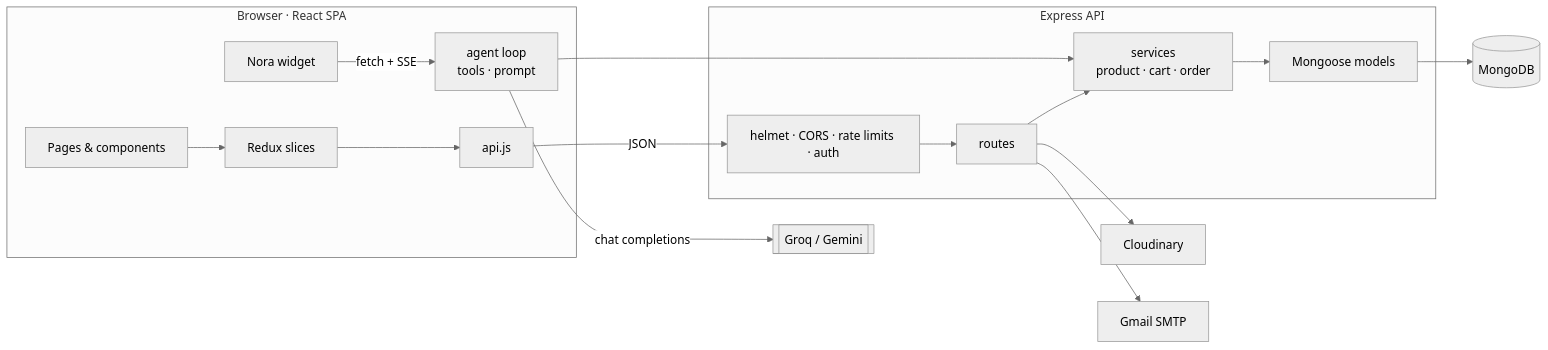
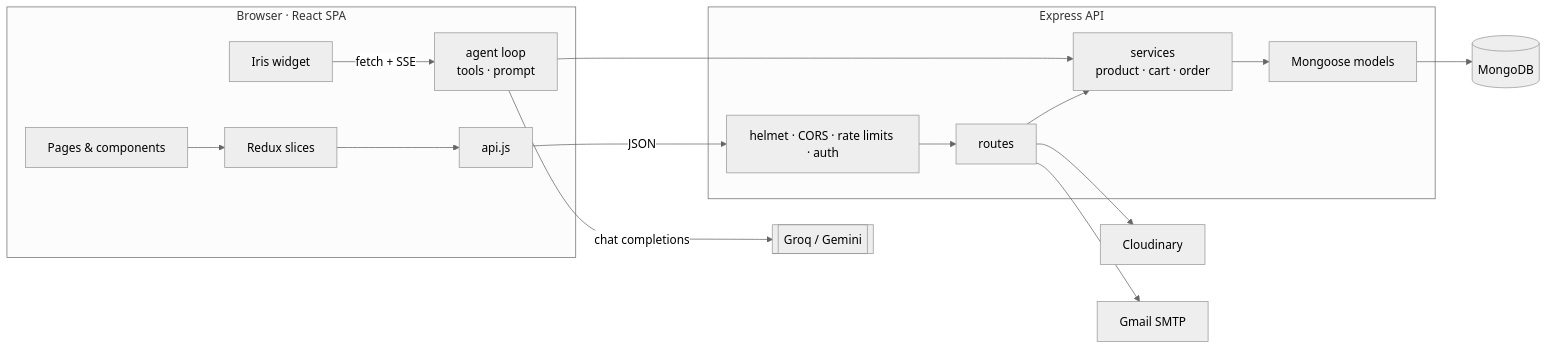
One commit to ibrahim123-sia/Nowhere changed the second of 2 diagrams in README.md. Above: the diagram before and after it, drawn with Mermaid (neutral theme). The commit also changed other lines of this file and 13 other files, not shown here.

````diff
--- a/README.md
+++ b/README.md
@@ -117,19 +117,19 @@
 ```mermaid
 flowchart LR
     subgraph Browser["Browser · React SPA"]
         UI[Pages & components] --> RX[Redux slices]
         RX --> API[api.js]
-        NW[Nora widget] -->|fetch + SSE| AG
+        NW[Iris widget] -->|fetch + SSE| AG
     end
     API -->|JSON| MW
     subgraph Server["Express API"]
         MW[helmet · CORS · rate limits · auth] --> RT[routes]
         RT --> SV[services<br/>product · cart · order]
         AG[agent loop<br/>tools · prompt] --> SV
         SV --> MD[Mongoose models]
     end
     MD --> DB[(MongoDB)]
     AG -->|chat completions| LLM[[Groq / Gemini]]
     RT --> CL[Cloudinary]
     RT --> ML[Gmail SMTP]
 ```
````
